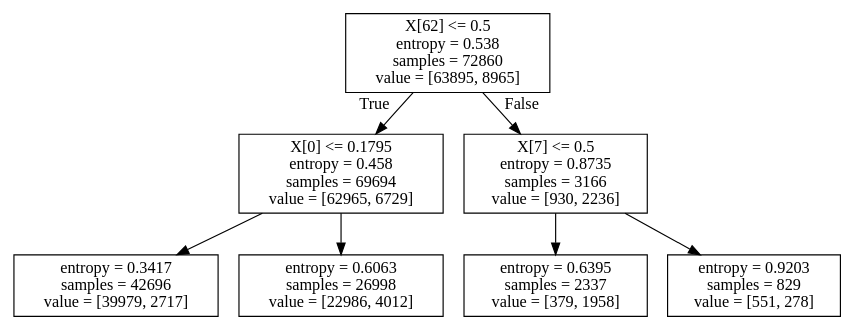
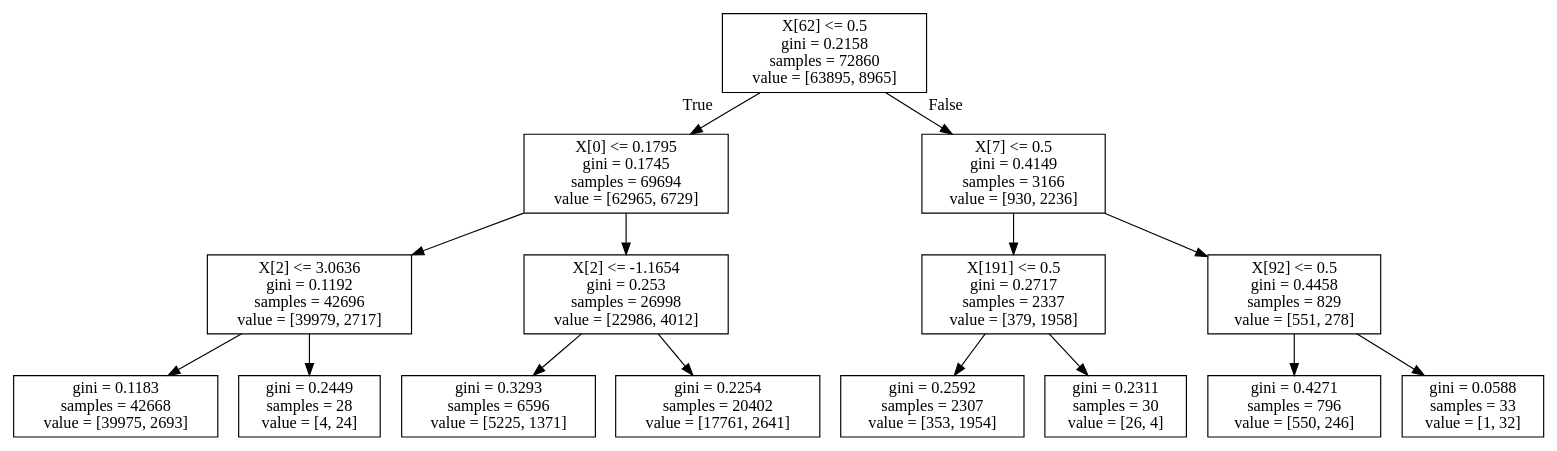
Before and after one commit to azeng97/DontGetKicked: the diagram in _gini.dot, drawn with Graphviz. The commit also changed 1 other file, not shown here.

```diff
--- a/_gini.dot
+++ b/_gini.dot
@@ -1,16 +1,32 @@
 digraph Tree {
 node [shape=box] ;
-0 [label="X[62] <= 0.5\nentropy = 0.538\nsamples = 72860\nvalue = [63895, 8965]"] ;
-1 [label="X[0] <= 0.1795\nentropy = 0.458\nsamples = 69694\nvalue = [62965, 6729]"] ;
+0 [label="X[62] <= 0.5\ngini = 0.2158\nsamples = 72860\nvalue = [63895, 8965]"] ;
+1 [label="X[0] <= 0.1795\ngini = 0.1745\nsamples = 69694\nvalue = [62965, 6729]"] ;
 0 -> 1 [labeldistance=2.5, labelangle=45, headlabel="True"] ;
-2 [label="entropy = 0.3417\nsamples = 42696\nvalue = [39979, 2717]"] ;
+2 [label="X[2] <= 3.0636\ngini = 0.1192\nsamples = 42696\nvalue = [39979, 2717]"] ;
 1 -> 2 ;
-3 [label="entropy = 0.6063\nsamples = 26998\nvalue = [22986, 4012]"] ;
-1 -> 3 ;
-4 [label="X[7] <= 0.5\nentropy = 0.8735\nsamples = 3166\nvalue = [930, 2236]"] ;
-0 -> 4 [labeldistance=2.5, labelangle=-45, headlabel="False"] ;
-5 [label="entropy = 0.6395\nsamples = 2337\nvalue = [379, 1958]"] ;
-4 -> 5 ;
-6 [label="entropy = 0.9203\nsamples = 829\nvalue = [551, 278]"] ;
-4 -> 6 ;
+3 [label="gini = 0.1183\nsamples = 42668\nvalue = [39975, 2693]"] ;
+2 -> 3 ;
+4 [label="gini = 0.2449\nsamples = 28\nvalue = [4, 24]"] ;
+2 -> 4 ;
+5 [label="X[2] <= -1.1654\ngini = 0.253\nsamples = 26998\nvalue = [22986, 4012]"] ;
+1 -> 5 ;
+6 [label="gini = 0.3293\nsamples = 6596\nvalue = [5225, 1371]"] ;
+5 -> 6 ;
+7 [label="gini = 0.2254\nsamples = 20402\nvalue = [17761, 2641]"] ;
+5 -> 7 ;
+8 [label="X[7] <= 0.5\ngini = 0.4149\nsamples = 3166\nvalue = [930, 2236]"] ;
+0 -> 8 [labeldistance=2.5, labelangle=-45, headlabel="False"] ;
+9 [label="X[191] <= 0.5\ngini = 0.2717\nsamples = 2337\nvalue = [379, 1958]"] ;
+8 -> 9 ;
+10 [label="gini = 0.2592\nsamples = 2307\nvalue = [353, 1954]"] ;
+9 -> 10 ;
+11 [label="gini = 0.2311\nsamples = 30\nvalue = [26, 4]"] ;
+9 -> 11 ;
+12 [label="X[92] <= 0.5\ngini = 0.4458\nsamples = 829\nvalue = [551, 278]"] ;
+8 -> 12 ;
+13 [label="gini = 0.4271\nsamples = 796\nvalue = [550, 246]"] ;
+12 -> 13 ;
+14 [label="gini = 0.0588\nsamples = 33\nvalue = [1, 32]"] ;
+12 -> 14 ;
 }
```
